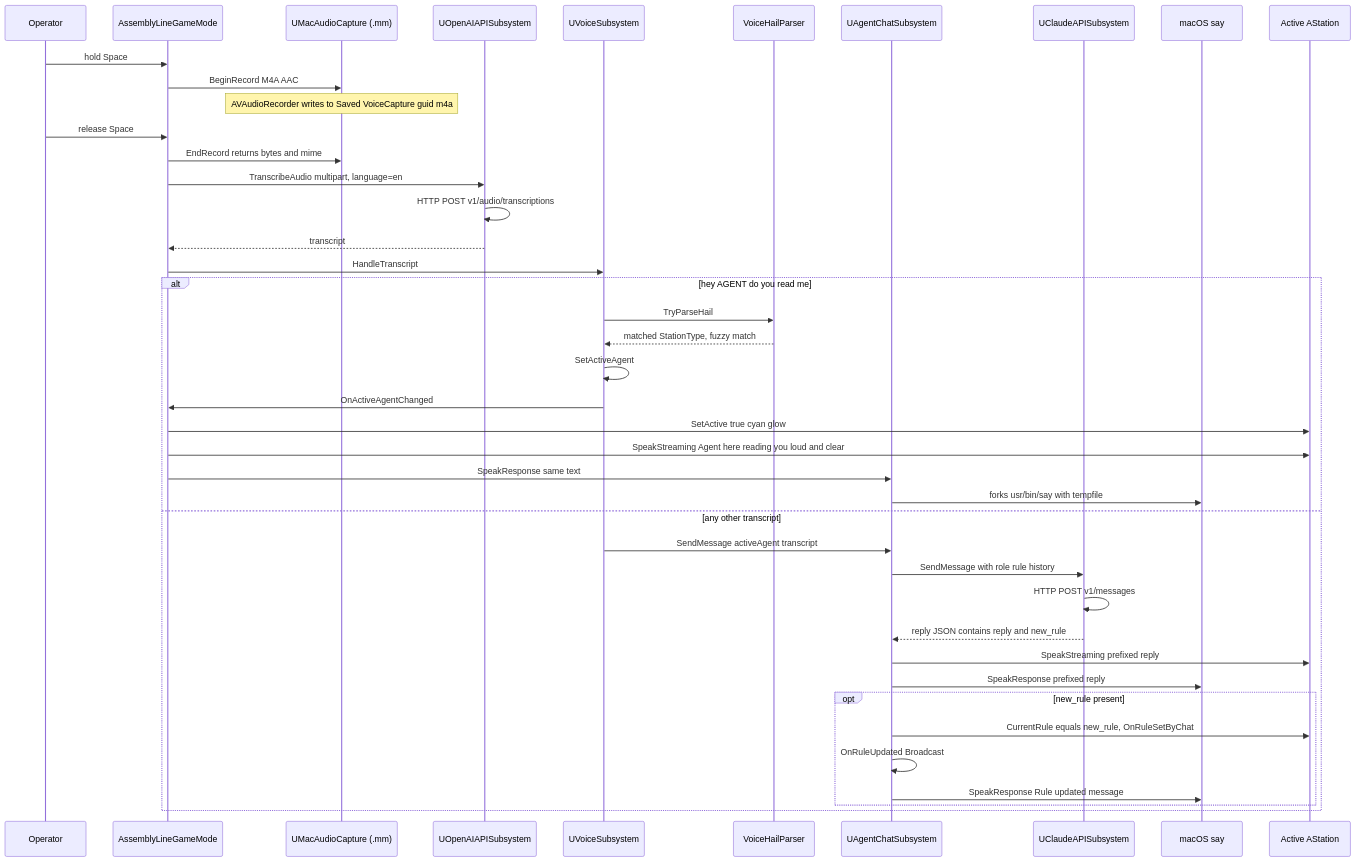
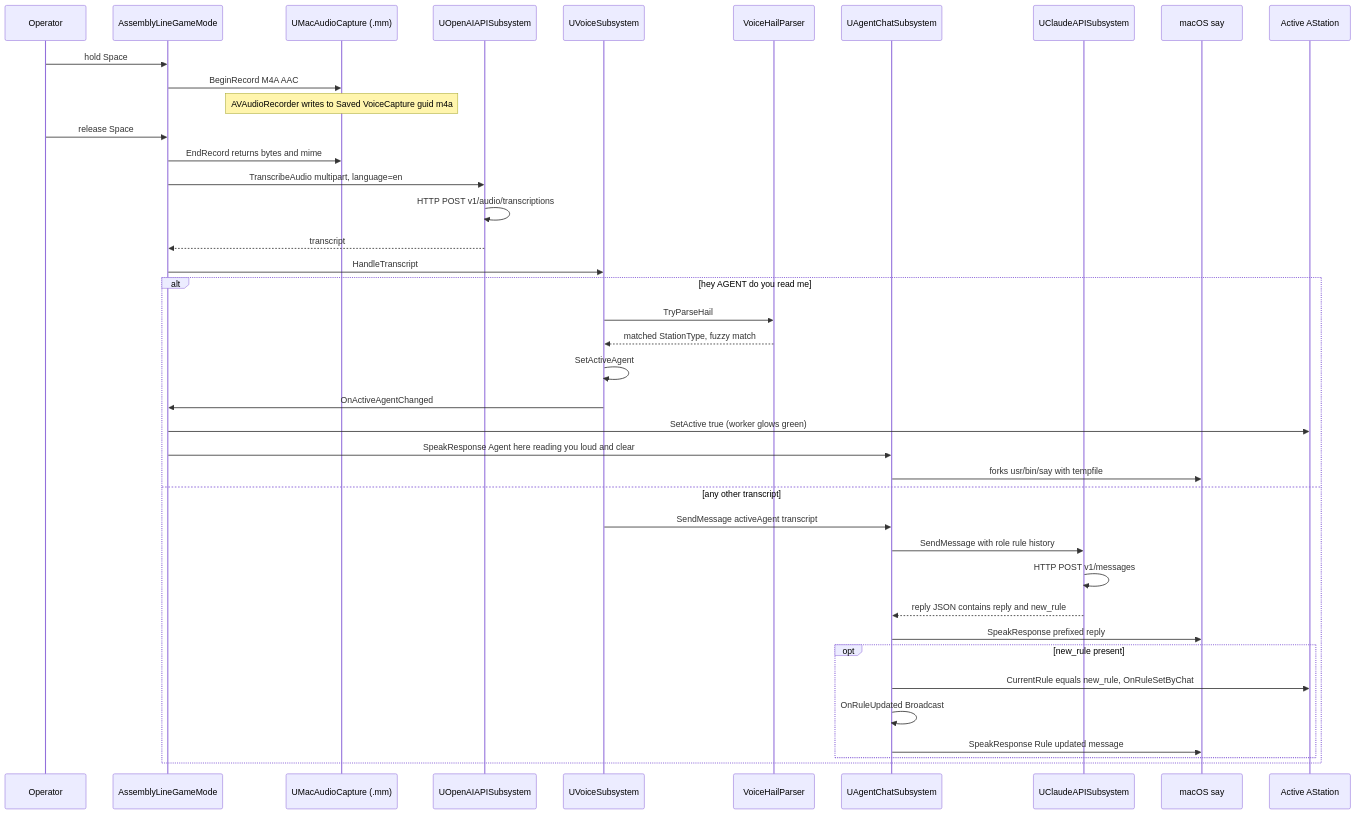
The third of 5 diagrams in README.md (eyupgurel/AssemblyLineSimul), drawn with Mermaid before and after one commit. The commit also changed other lines of this file and 1 other file, not shown here.

````diff
--- a/README.md
+++ b/README.md
@@ -198,46 +215,44 @@
 ```mermaid
 sequenceDiagram
   participant U as Operator
   participant GM as AssemblyLineGameMode
   participant Cap as UMacAudioCapture (.mm)
   participant AI as UOpenAIAPISubsystem
   participant V as UVoiceSubsystem
   participant Hail as VoiceHailParser
   participant Chat as UAgentChatSubsystem
   participant CA as UClaudeAPISubsystem
   participant Say as macOS say
   participant St as Active AStation
 
   U->>GM: hold Space
   GM->>Cap: BeginRecord M4A AAC
   Note over Cap: AVAudioRecorder writes to Saved VoiceCapture guid m4a
   U->>GM: release Space
   GM->>Cap: EndRecord returns bytes and mime
   GM->>AI: TranscribeAudio multipart, language=en
   AI->>AI: HTTP POST v1/audio/transcriptions
   AI-->>GM: transcript
   GM->>V: HandleTranscript
 
   alt hey AGENT do you read me
     V->>Hail: TryParseHail
     Hail-->>V: matched StationType, fuzzy match
     V->>V: SetActiveAgent
     V->>GM: OnActiveAgentChanged
-    GM->>St: SetActive true cyan glow
-    GM->>St: SpeakStreaming Agent here reading you loud and clear
-    GM->>Chat: SpeakResponse same text
+    GM->>St: SetActive true (worker glows green)
+    GM->>Chat: SpeakResponse Agent here reading you loud and clear
     Chat->>Say: forks usr/bin/say with tempfile
   else any other transcript
     V->>Chat: SendMessage activeAgent transcript
     Chat->>CA: SendMessage with role rule history
     CA->>CA: HTTP POST v1/messages
     CA-->>Chat: reply JSON contains reply and new_rule
-    Chat->>St: SpeakStreaming prefixed reply
     Chat->>Say: SpeakResponse prefixed reply
     opt new_rule present
       Chat->>St: CurrentRule equals new_rule, OnRuleSetByChat
       Chat->>Chat: OnRuleUpdated Broadcast
       Chat->>Say: SpeakResponse Rule updated message
     end
   end
 ```
````
